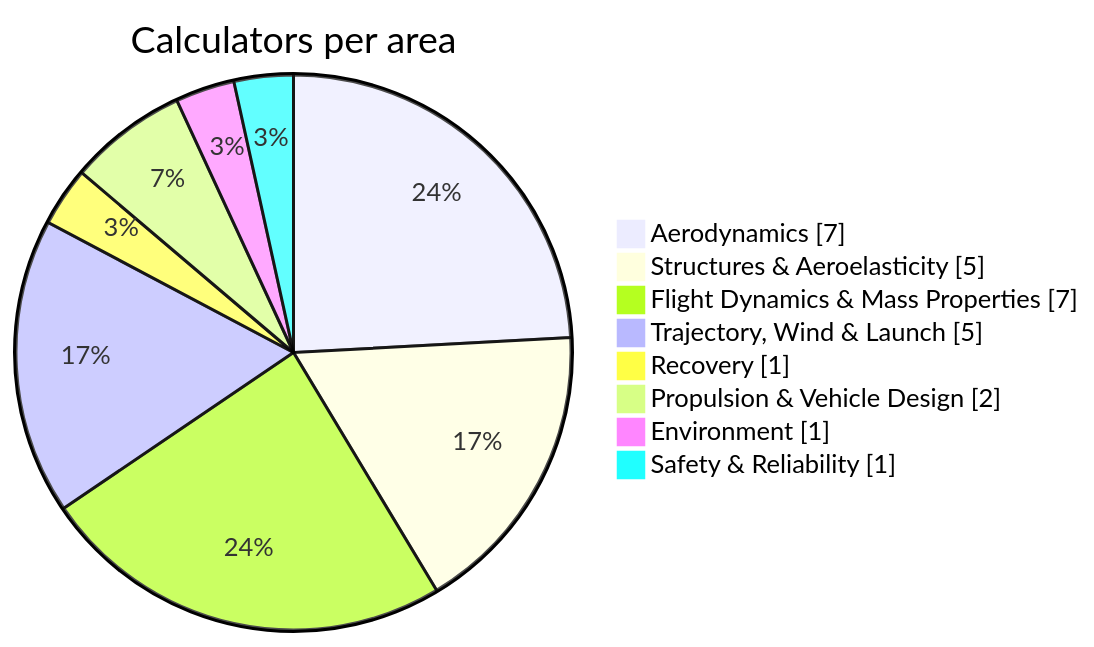
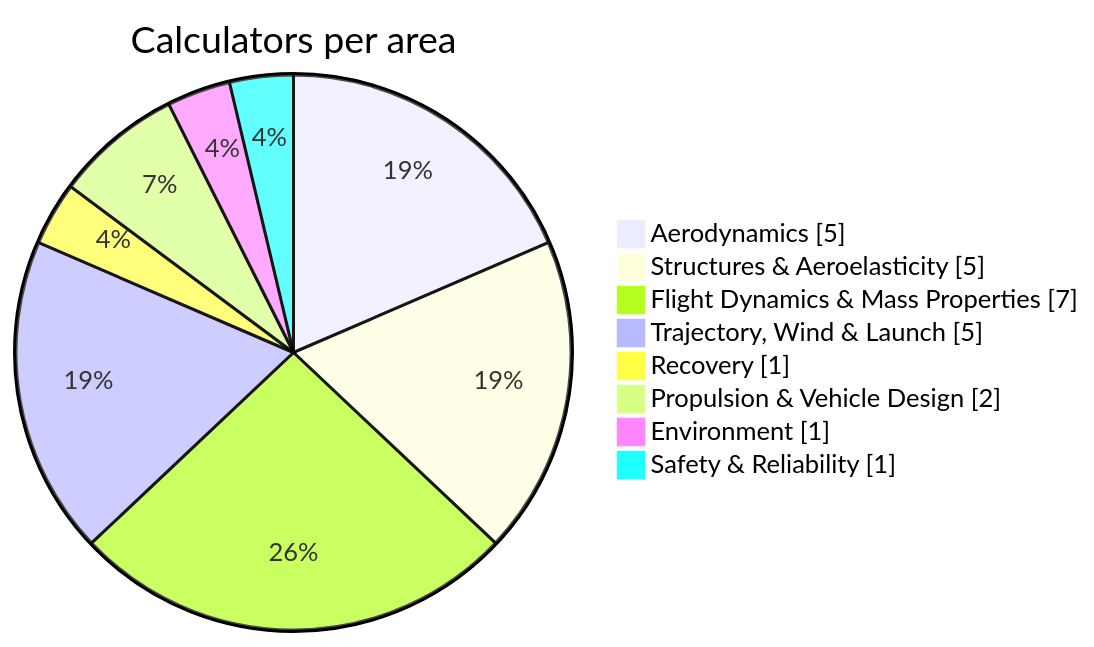
Before and after one commit to RocketCalculator/RocketCalculator.github.io: the first of 2 diagrams in README.md, drawn with Mermaid. The commit also changed other lines of this file and 13 other files, not shown here.

````diff
--- a/README.md
+++ b/README.md
@@ -41,11 +42,11 @@
 ```mermaid
 pie showData title Calculators per area
-    "Aerodynamics" : 7
+    "Aerodynamics" : 5
     "Structures & Aeroelasticity" : 5
     "Flight Dynamics & Mass Properties" : 7
     "Trajectory, Wind & Launch" : 5
     "Recovery" : 1
     "Propulsion & Vehicle Design" : 2
     "Environment" : 1
     "Safety & Reliability" : 1
 ```
````
